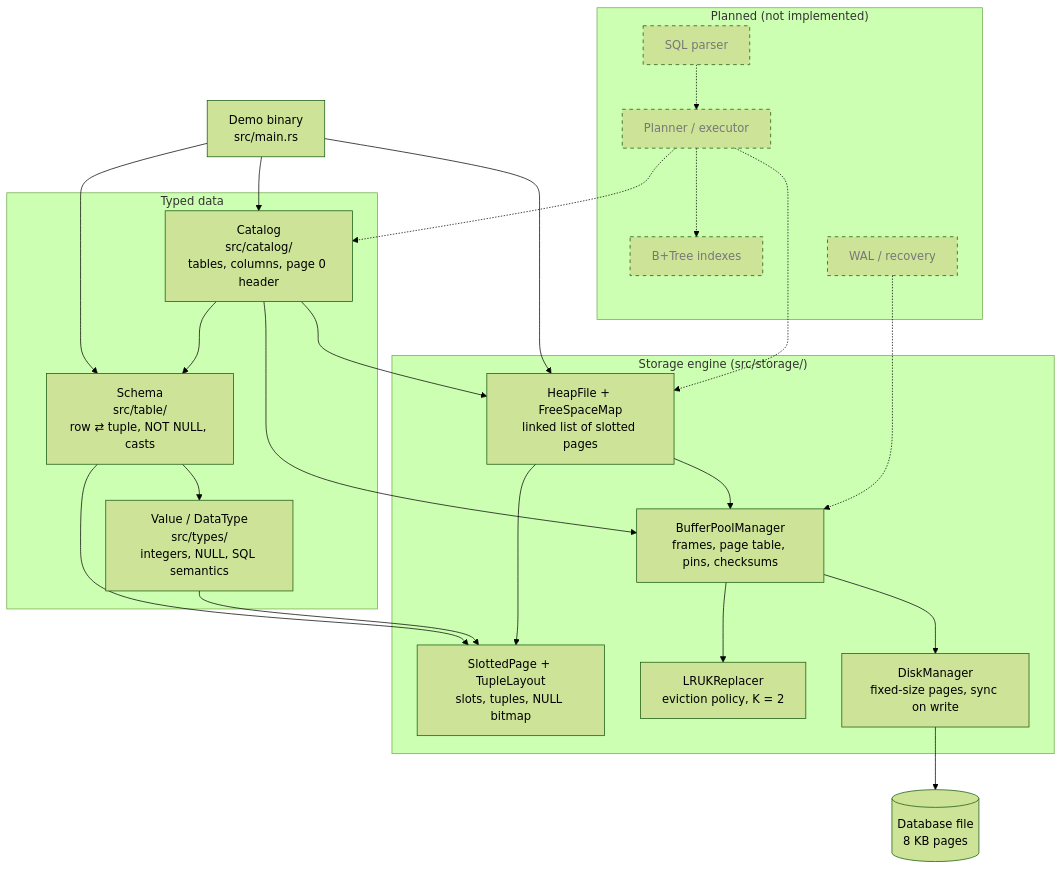
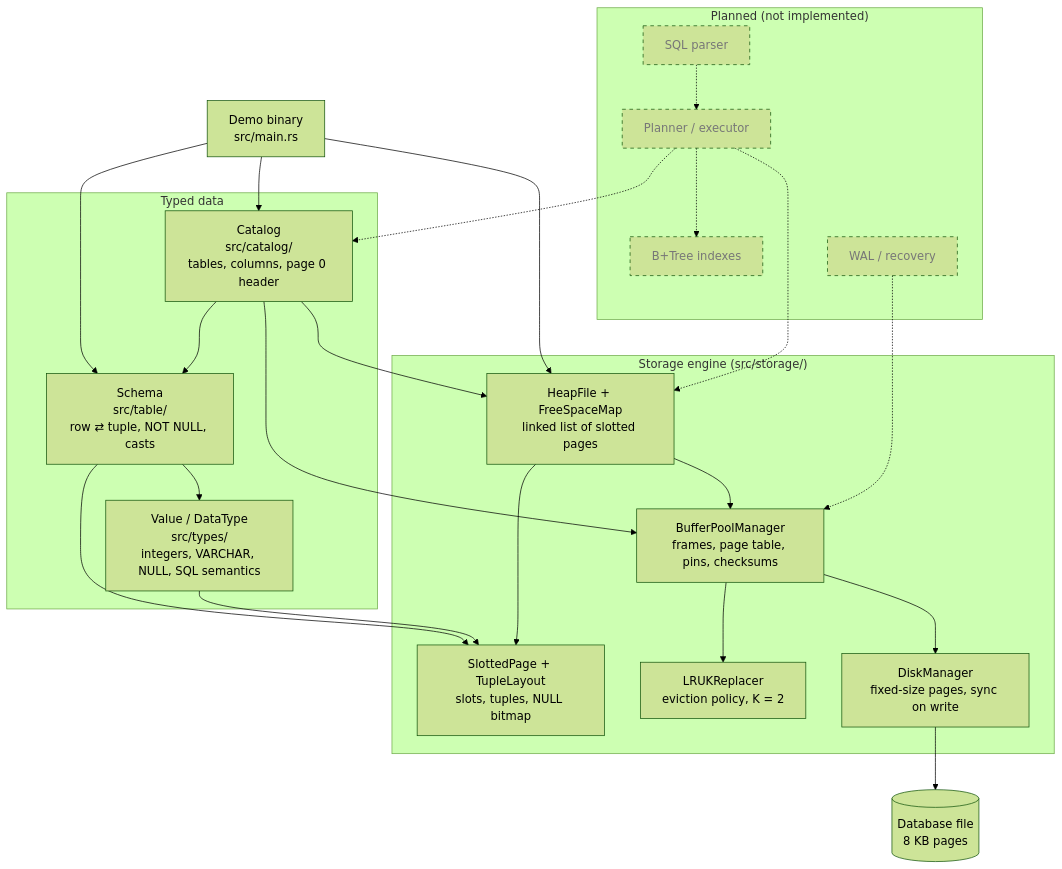
Before and after one commit to RodrigoGrz/ferro-db: the diagram in docs/architecture.md, drawn with Mermaid (forest theme). The commit also changed other lines of this file and 16 other files, not shown here.

First line of the commit message:
feat/string-varchar-type

````diff
--- a/docs/architecture.md
+++ b/docs/architecture.md
@@ -9,50 +9,50 @@
 ```mermaid
 flowchart TD
     demo["Demo binary<br/>src/main.rs"]
 
     subgraph upper["Typed data"]
         catalog["Catalog<br/>src/catalog/<br/>tables, columns, page 0 header"]
         schema["Schema<br/>src/table/<br/>row ⇄ tuple, NOT NULL, casts"]
-        types["Value / DataType<br/>src/types/<br/>integers, NULL, SQL semantics"]
+        types["Value / DataType<br/>src/types/<br/>integers, VARCHAR, NULL, SQL semantics"]
     end
 
     subgraph storage["Storage engine (src/storage/)"]
         heap["HeapFile + FreeSpaceMap<br/>linked list of slotted pages"]
         slotted["SlottedPage + TupleLayout<br/>slots, tuples, NULL bitmap"]
         bpm["BufferPoolManager<br/>frames, page table, pins, checksums"]
         replacer["LRUKReplacer<br/>eviction policy, K = 2"]
         disk["DiskManager<br/>fixed-size pages, sync on write"]
     end
 
     file[("Database file<br/>8 KB pages")]
 
     demo --> catalog
     demo --> schema
     demo --> heap
     catalog --> heap
     catalog --> schema
     schema --> types
     schema --> slotted
     types --> slotted
     heap --> slotted
     heap --> bpm
     catalog --> bpm
     bpm --> replacer
     bpm --> disk
     disk --> file
 
     subgraph planned["Planned (not implemented)"]
         sql["SQL parser"]
         planner["Planner / executor"]
         index["B+Tree indexes"]
         wal["WAL / recovery"]
     end
     sql -.-> planner
     planner -.-> catalog
     planner -.-> heap
     planner -.-> index
     wal -.-> bpm
 
     classDef plannedNode stroke-dasharray: 5 5,color:#777
     class sql,planner,index,wal plannedNode
 ```
````
